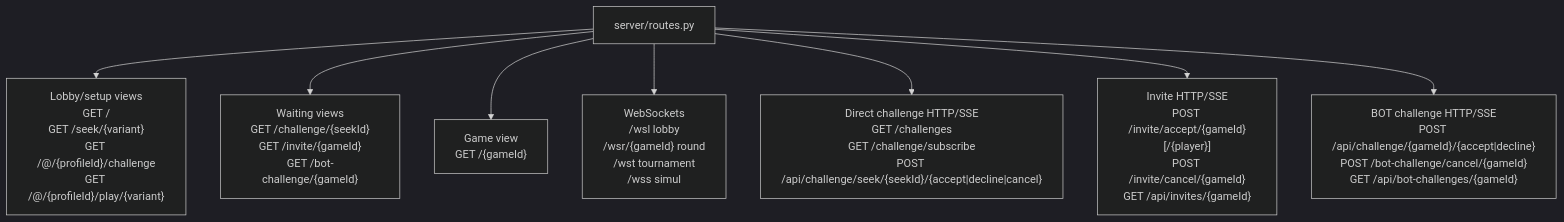
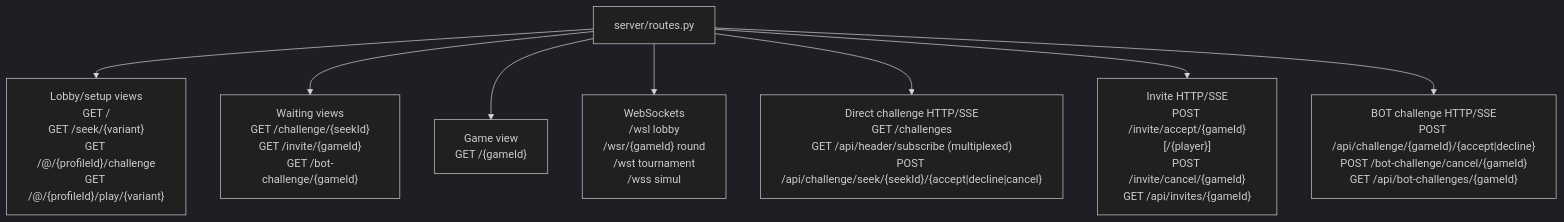
Before and after one commit to gbtami/pychess-variants: diagram 19 of 23 in docs/game-creation-flows.md, drawn with Mermaid (dark theme). The commit also changed other lines of this file and 23 other files, not shown here.

````diff
--- a/docs/game-creation-flows.md
+++ b/docs/game-creation-flows.md
@@ -790,16 +790,16 @@
 ```mermaid
 flowchart TB
     Routes["server/routes.py"]
 
     Routes --> LobbyRoutes["Lobby/setup views<br/>GET /<br/>GET /seek/{variant}<br/>GET /@/{profileId}/challenge<br/>GET /@/{profileId}/play/{variant}"]
     Routes --> WaitingRoutes["Waiting views<br/>GET /challenge/{seekId}<br/>GET /invite/{gameId}<br/>GET /bot-challenge/{gameId}"]
     Routes --> GameRoute["Game view<br/>GET /{gameId}"]
 
     Routes --> WebSockets["WebSockets<br/>/wsl lobby<br/>/wsr/{gameId} round<br/>/wst tournament<br/>/wss simul"]
 
-    Routes --> ChallengeHTTP["Direct challenge HTTP/SSE<br/>GET /challenges<br/>GET /challenge/subscribe<br/>POST /api/challenge/seek/{seekId}/{accept|decline|cancel}"]
+    Routes --> ChallengeHTTP["Direct challenge HTTP/SSE<br/>GET /challenges<br/>GET /api/header/subscribe (multiplexed)<br/>POST /api/challenge/seek/{seekId}/{accept|decline|cancel}"]
 
     Routes --> InviteHTTP["Invite HTTP/SSE<br/>POST /invite/accept/{gameId}[/{player}]<br/>POST /invite/cancel/{gameId}<br/>GET /api/invites/{gameId}"]
 
     Routes --> BotHTTP["BOT challenge HTTP/SSE<br/>POST /api/challenge/{gameId}/{accept|decline}<br/>POST /bot-challenge/cancel/{gameId}<br/>GET /api/bot-challenges/{gameId}"]
 ```
````
